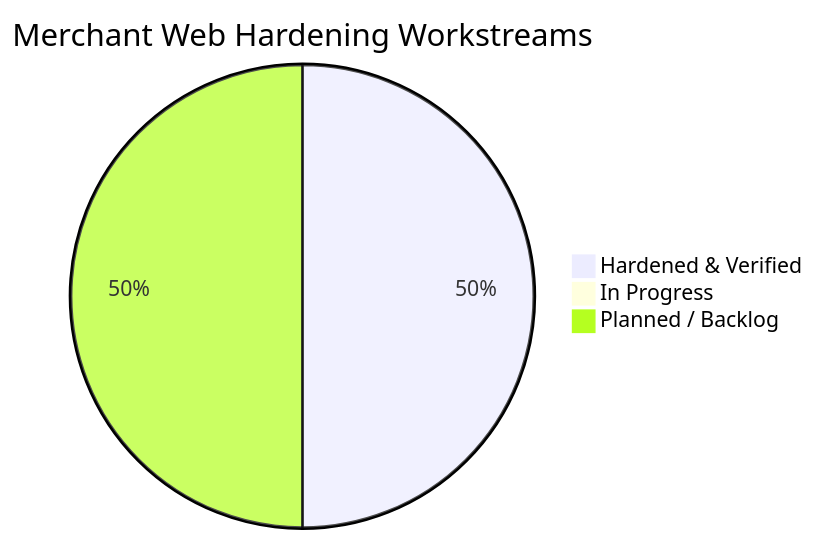
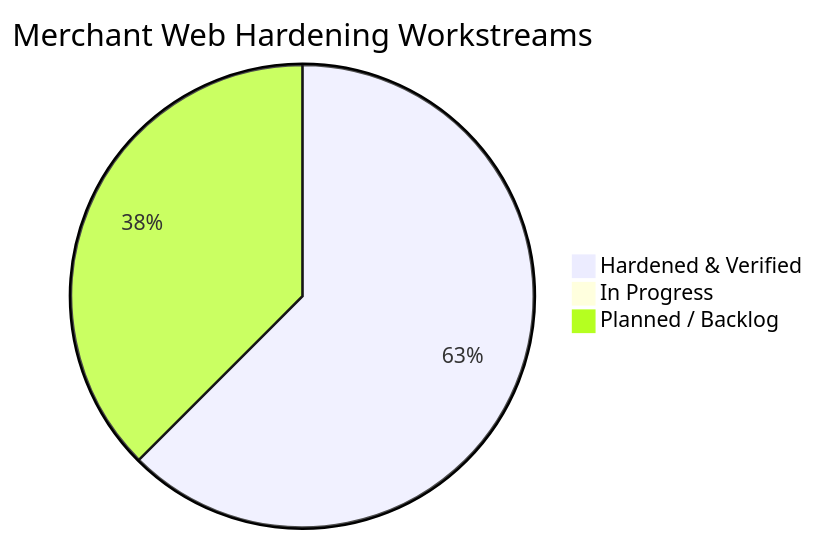
The first of 2 diagrams in merchant_web_hardening_tracker.md (UtkarshShrivastava1/qucom-platform-root), drawn with Mermaid before and after one commit. The commit also changed other lines of this file and 6 other files, not shown here.

````diff
--- a/merchant_web_hardening_tracker.md
+++ b/merchant_web_hardening_tracker.md
@@ -16,6 +16,6 @@
 ```mermaid
 pie title Merchant Web Hardening Workstreams
-    "Hardened & Verified" : 4
+    "Hardened & Verified" : 5
     "In Progress" : 0
-    "Planned / Backlog" : 4
+    "Planned / Backlog" : 3
 ```
````
